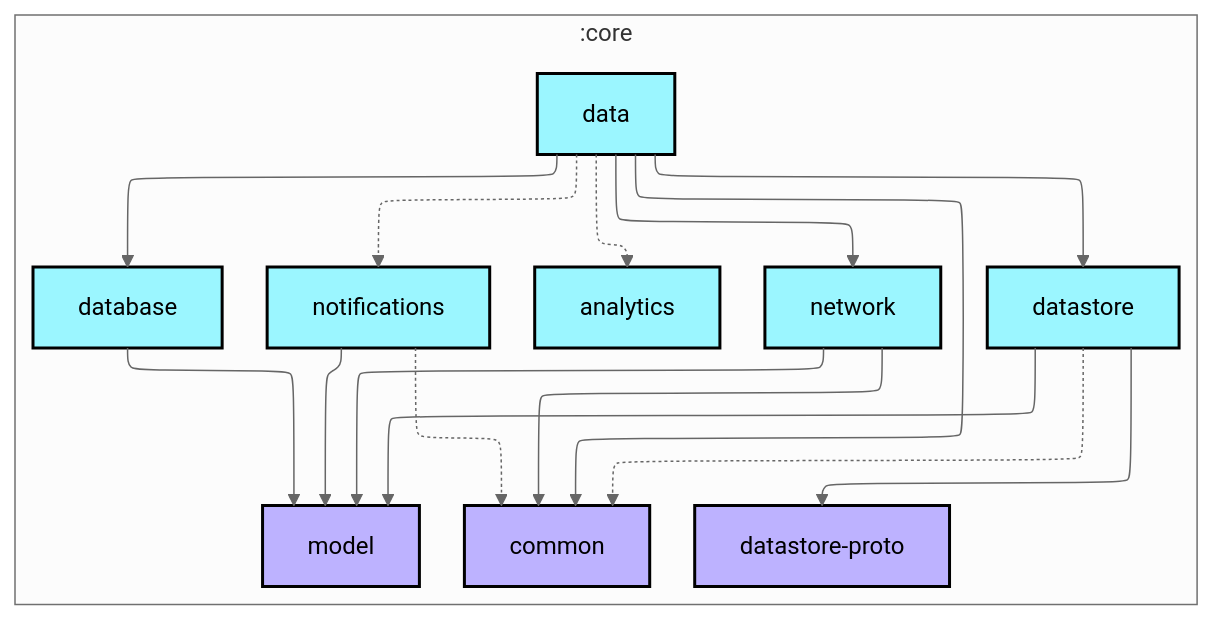
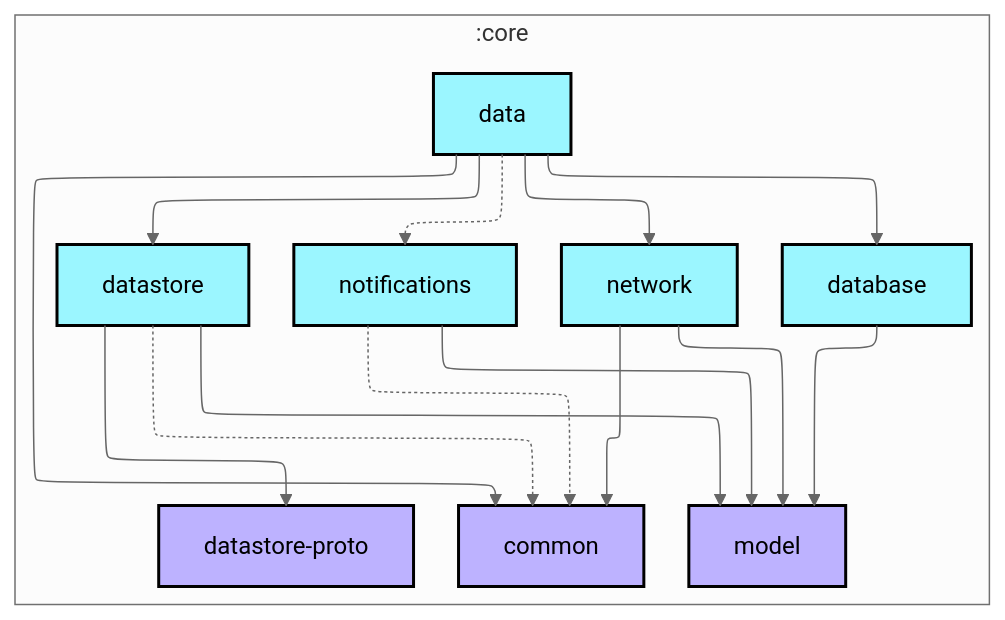
The first of 2 diagrams in core/data/README.md (weiyuhl/Jasmine66), drawn with Mermaid (neutral theme) before and after one commit. The commit also changed 26 other files, not shown here.

````diff
--- a/core/data/README.md
+++ b/core/data/README.md
@@ -6,43 +6,41 @@
 ```mermaid
 ---
 config:
   layout: elk
   elk:
     nodePlacementStrategy: SIMPLE
 ---
 graph TB
   subgraph :core
     direction TB
-    :core:analytics[analytics]:::android-library
     :core:common[common]:::jvm-library
     :core:data[data]:::android-library
     :core:database[database]:::android-library
     :core:datastore[datastore]:::android-library
     :core:datastore-proto[datastore-proto]:::jvm-library
     :core:model[model]:::jvm-library
     :core:network[network]:::android-library
     :core:notifications[notifications]:::android-library
   end
 
-  :core:data -.-> :core:analytics
   :core:data --> :core:common
   :core:data --> :core:database
   :core:data --> :core:datastore
   :core:data --> :core:network
   :core:data -.-> :core:notifications
   :core:database --> :core:model
   :core:datastore -.-> :core:common
   :core:datastore --> :core:datastore-proto
   :core:datastore --> :core:model
   :core:network --> :core:common
   :core:network --> :core:model
   :core:notifications -.-> :core:common
   :core:notifications --> :core:model
 
 classDef android-application fill:#CAFFBF,stroke:#000,stroke-width:2px,color:#000;
 classDef android-feature fill:#FFD6A5,stroke:#000,stroke-width:2px,color:#000;
 classDef android-library fill:#9BF6FF,stroke:#000,stroke-width:2px,color:#000;
 classDef android-test fill:#A0C4FF,stroke:#000,stroke-width:2px,color:#000;
 classDef jvm-library fill:#BDB2FF,stroke:#000,stroke-width:2px,color:#000;
 classDef unknown fill:#FFADAD,stroke:#000,stroke-width:2px,color:#000;
 ```
````
